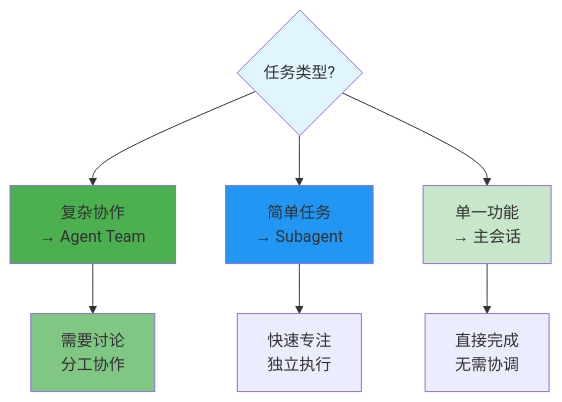
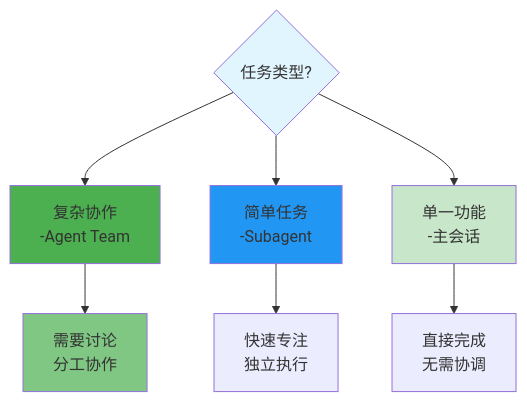
One commit to Jasper-Wynn/agent-doc changed the third of 4 diagrams in concepts/agent-team.md. Above: the diagram before and after it, drawn with Mermaid. The commit also changed 16 other files, not shown here.

First line of the commit message:
fix: repair mermaid diagram rendering issues

````diff
--- a/concepts/agent-team.md
+++ b/concepts/agent-team.md
@@ -62,18 +62,18 @@
 ```mermaid
 flowchart TD
-    A{任务类型?} --> B[复杂协作<br/>→ Agent Team]
-    A --> C[简单任务<br/>→ Subagent]
-    A --> D[单一功能<br/>→ 主会话]
+    A{任务类型?} --> B[复杂协作<br/>-Agent Team]
+    A --> C[简单任务<br/>-Subagent]
+    A --> D[单一功能<br/>-主会话]
 
     B --> E[需要讨论<br/>分工协作]
     C --> F[快速专注<br/>独立执行]
     D --> G[直接完成<br/>无需协调]
 
     style A fill:#e1f5ff
     style B fill:#4caf50
     style C fill:#2196f3
     style D fill:#c8e6c9
     style E fill:#81c784
     style F fill:#66bb6a"
     style G fill:#ffcc80"
 ```
````
